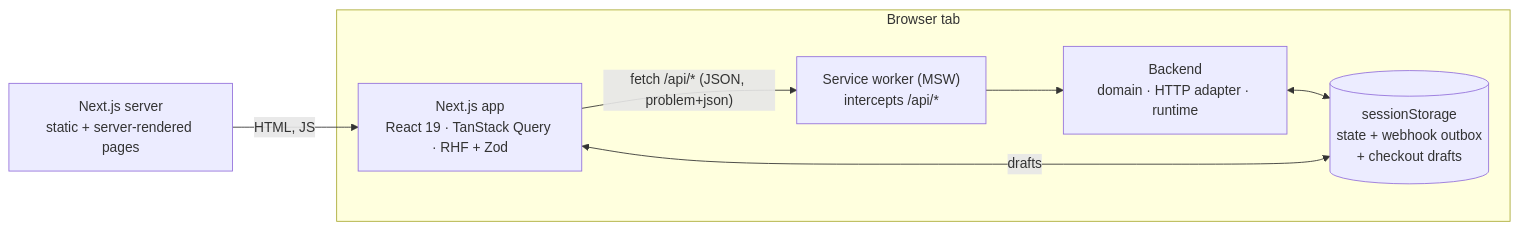
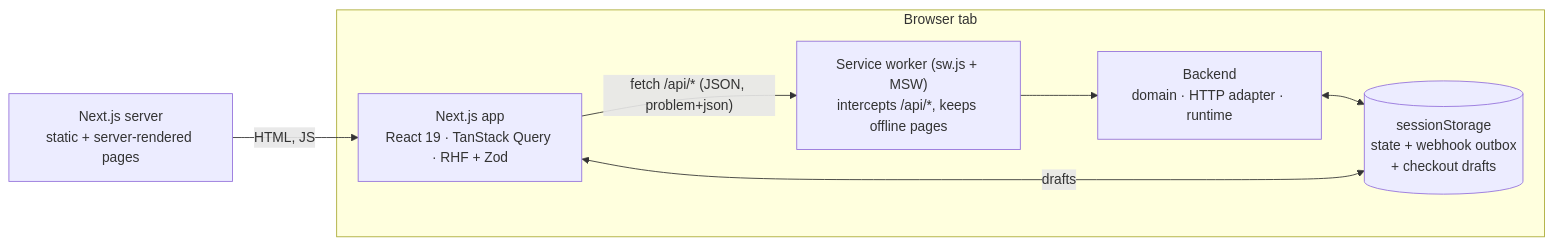
One commit to kzs2501/admit-one changed the second of 4 diagrams in docs/architecture.md. Above: the diagram before and after it, drawn with Mermaid. The commit also changed other lines of this file and 5 other files, not shown here.

````diff
--- a/docs/architecture.md
+++ b/docs/architecture.md
@@ -22,13 +22,13 @@
 ```mermaid
 flowchart LR
   subgraph tab["Browser tab"]
     ui["Next.js app\nReact 19 · TanStack Query · RHF + Zod"]
-    sw["Service worker (MSW)\nintercepts /api/*"]
+    sw["Service worker (sw.js + MSW)\nintercepts /api/*, keeps offline pages"]
     be["Backend\ndomain · HTTP adapter · runtime"]
     store[("sessionStorage\nstate + webhook outbox\n+ checkout drafts")]
     ui -->|"fetch /api/* (JSON, problem+json)"| sw --> be
     be <--> store
     ui <-->|drafts| store
   end
   server["Next.js server\nstatic + server-rendered pages"] -->|HTML, JS| ui
 ```
````
